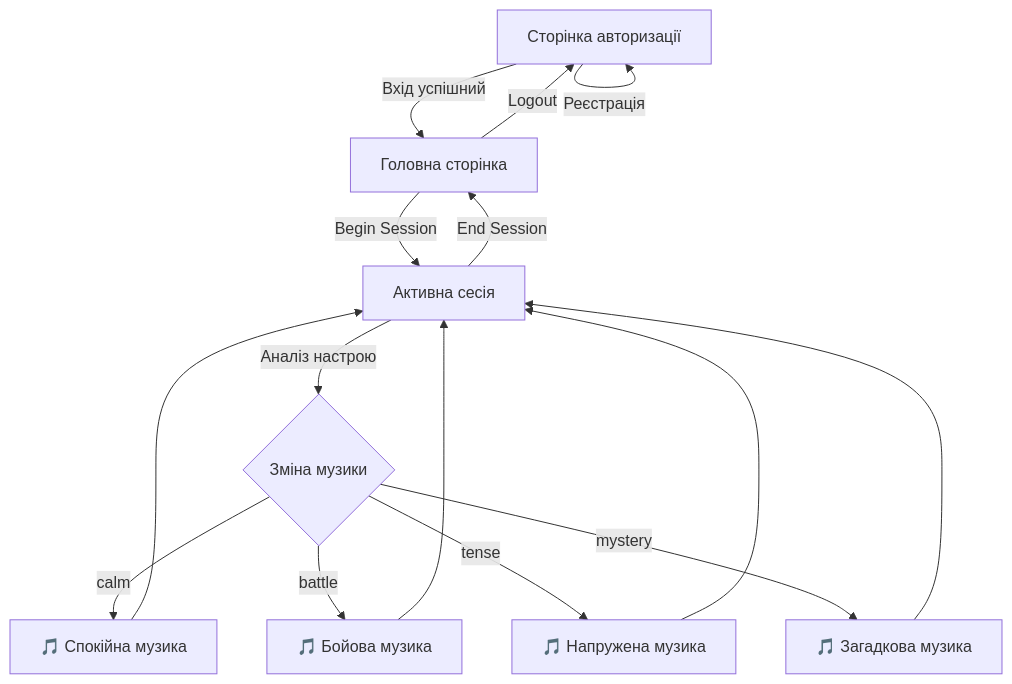
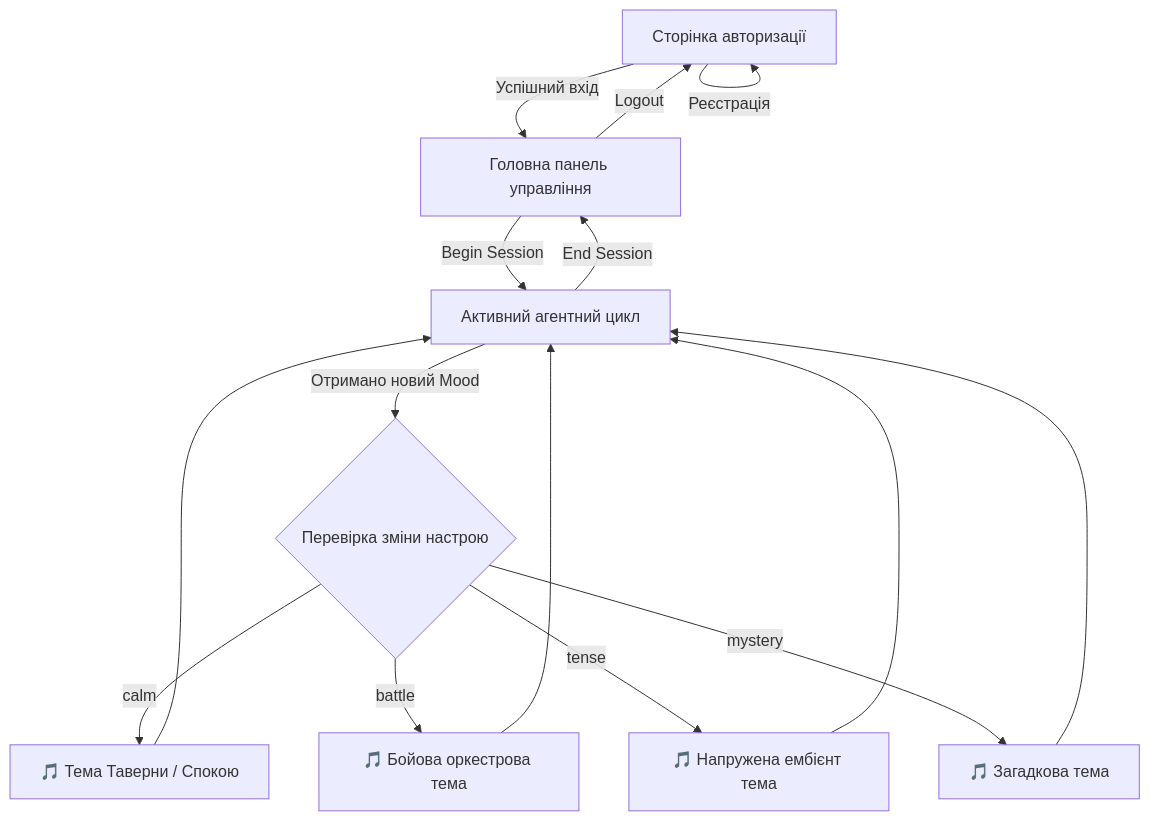
Before and after one commit to Djungarik/MastersDiploma: the seventh of 15 diagrams in Кваліфікаційна_робота_магістра.md, drawn with Mermaid. The commit also changed other lines of this file and 125 other files, not shown here.

First line of the commit message:
Thesis review fixes: sequential audio transitions, tests, experiments, diagrams

````diff
--- a/Кваліфікаційна_робота_магістра.md
+++ b/Кваліфікаційна_робота_магістра.md
@@ -879,14 +796,14 @@
 ```mermaid
 flowchart TD
-    A[Сторінка авторизації] -->|"Вхід успішний"| B[Головна сторінка]
+    A[Сторінка авторизації] -->|"Успішний вхід"| B[Головна панель управління]
     A -->|"Реєстрація"| A
-    B -->|"Begin Session"| C[Активна сесія]
+    B -->|"Begin Session"| C[Активний агентний цикл]
     C -->|"End Session"| B
     B -->|"Logout"| A
-    C -->|"Аналіз настрою"| D{Зміна музики}
-    D -->|"calm"| E[🎵 Спокійна музика]
-    D -->|"battle"| F[🎵 Бойова музика]
-    D -->|"tense"| G[🎵 Напружена музика]
-    D -->|"mystery"| H[🎵 Загадкова музика]
+    C -->|"Отримано новий Mood"| D{Перевірка зміни настрою}
+    D -->|"calm"| E[🎵 Тема Таверни / Спокою]
+    D -->|"battle"| F[🎵 Бойова оркестрова тема]
+    D -->|"tense"| G[🎵 Напружена ембієнт тема]
+    D -->|"mystery"| H[🎵 Загадкова тема]
     E & F & G & H --> C
 ```
````
